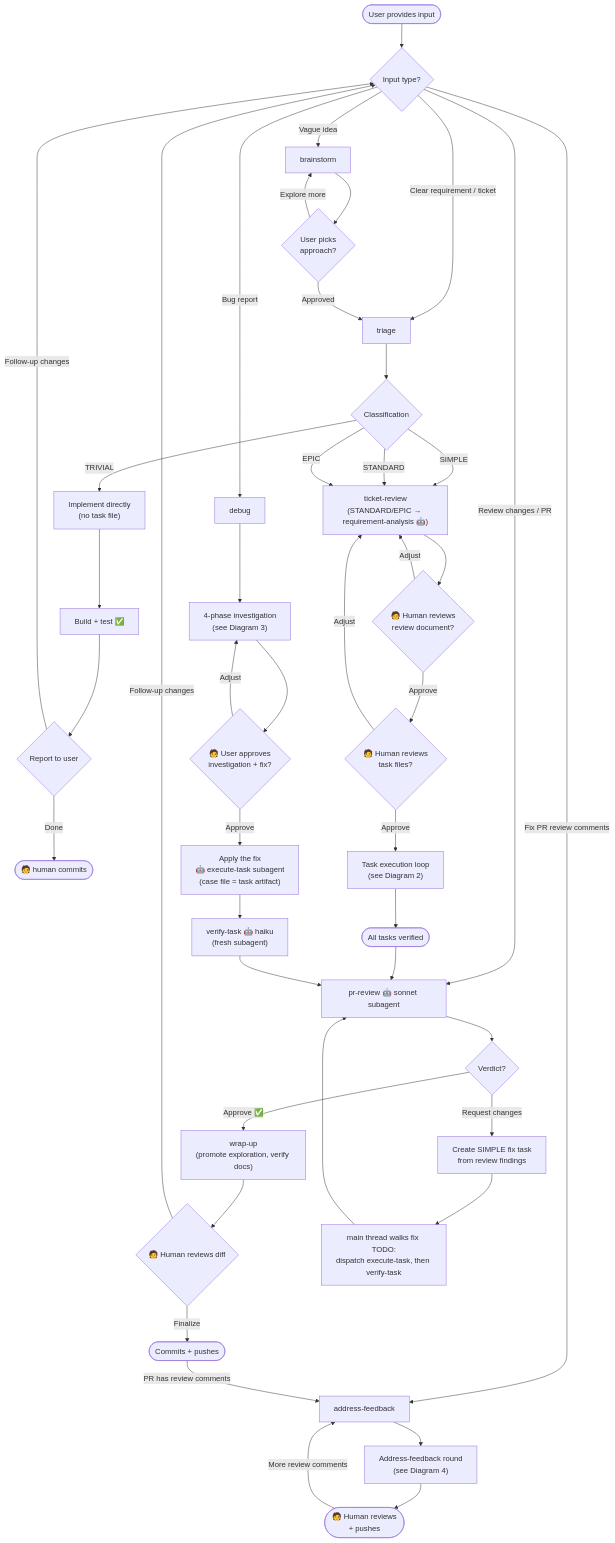
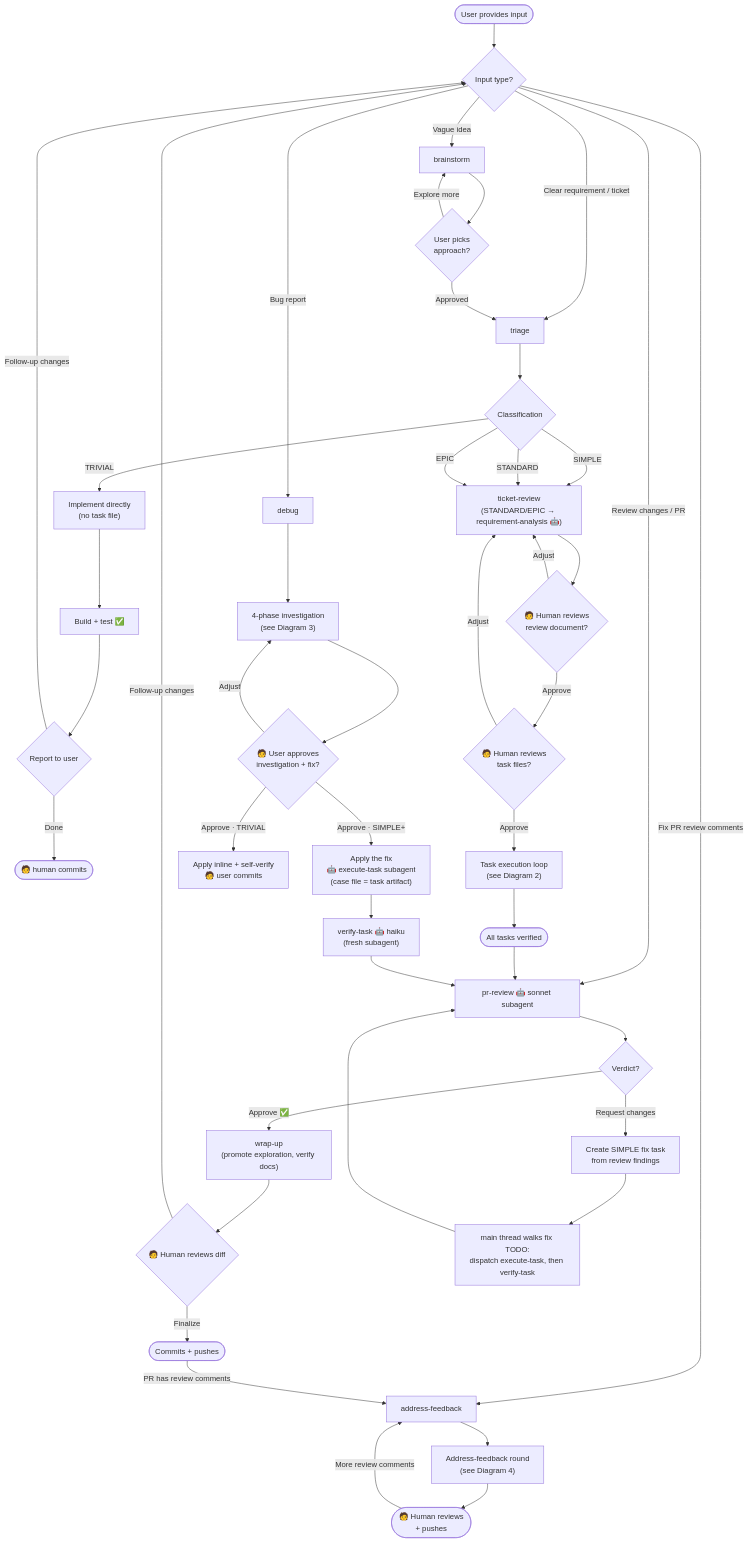
Before and after one commit to precise-alloy/ritus: the first of 8 diagrams in docs/WORKFLOW_DIAGRAMS.md, drawn with Mermaid. The commit also changed other lines of this file and 45 other files, not shown here.

````diff
--- a/docs/WORKFLOW_DIAGRAMS.md
+++ b/docs/WORKFLOW_DIAGRAMS.md
@@ -12,56 +12,57 @@
 ```mermaid
 flowchart TD
     Input([User provides input]) --> InputType{Input type?}
 
     InputType -->|"Vague idea"| BS["brainstorm"]
     InputType -->|"Clear requirement / ticket"| TR["triage"]
     InputType -->|"Bug report"| DB["debug"]
     InputType -->|"Review changes / PR"| CR["pr-review 🤖 sonnet subagent"]
     InputType -->|"Fix PR review comments"| AF["address-feedback"]
 
     BS --> UserPicks{"User picks\napproach?"}
     UserPicks -->|"Explore more"| BS
     UserPicks -->|"Approved"| TR
 
     TR --> Class{Classification}
 
     Class -->|TRIVIAL| Direct["Implement directly\n(no task file)"]
     Direct --> SelfVerify["Build + test ✅"]
     SelfVerify --> Report{"Report to user"}
     Report -->|"Done"| TrivialDone(["🧑 human commits"])
     Report -->|"Follow-up changes"| InputType
 
     Class -->|SIMPLE| GT["ticket-review\n(STANDARD/EPIC → requirement-analysis 🤖)"]
     Class -->|STANDARD| GT
     Class -->|EPIC| GT
 
     GT --> HumanReview{"🧑 Human reviews\nreview document?"}
     HumanReview -->|"Adjust"| GT
     HumanReview -->|"Approve"| HumanTasks{"🧑 Human reviews\ntask files?"}
     HumanTasks -->|"Adjust"| GT
     HumanTasks -->|"Approve"| Loop["Task execution loop\n(see Diagram 2)"]
 
     Loop --> AllDone(["All tasks verified"])
     AllDone --> CR
 
     CR --> Verdict{Verdict?}
     Verdict -->|"Approve ✅"| WrapUp["wrap-up\n(promote exploration, verify docs)"]
     WrapUp --> HumanFinal{"🧑 Human reviews diff"}
     HumanFinal -->|"Finalize"| Done(["Commits + pushes"])
     Done -->|"PR has review comments"| AF
     HumanFinal -->|"Follow-up changes"| InputType
     Verdict -->|"Request changes"| FixTask["Create SIMPLE fix task\nfrom review findings"]
     FixTask --> FixExec["main thread walks fix TODO:\ndispatch execute-task, then verify-task"]
     FixExec --> CR
 
     AF --> AFRound["Address-feedback round\n(see Diagram 4)"]
     AFRound --> AFDone(["🧑 Human reviews\n+ pushes"])
     AFDone -->|"More review comments"| AF
 
     DB --> DBPhases["4-phase investigation\n(see Diagram 3)"]
     DBPhases --> DBInvestigationApproval{"🧑 User approves\ninvestigation + fix?"}
-    DBInvestigationApproval -->|"Approve"| DBFix["Apply the fix\n🤖 execute-task subagent\n(case file = task artifact)"]
     DBInvestigationApproval -->|"Adjust"| DBPhases
+    DBInvestigationApproval -->|"Approve · TRIVIAL"| DBTriv["Apply inline + self-verify\n🧑 user commits"]
+    DBInvestigationApproval -->|"Approve · SIMPLE+"| DBFix["Apply the fix\n🤖 execute-task subagent\n(case file = task artifact)"]
     DBFix --> DBVerify["verify-task 🤖 haiku\n(fresh subagent)"]
     DBVerify --> CR
 ```
````
